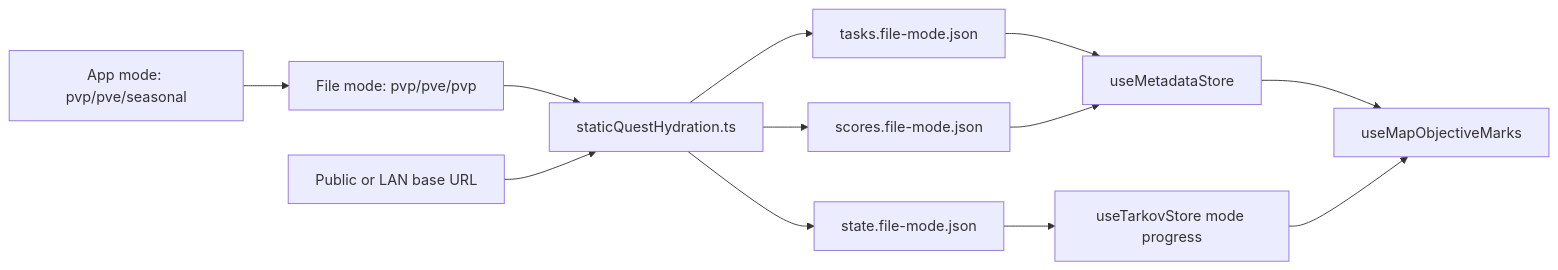
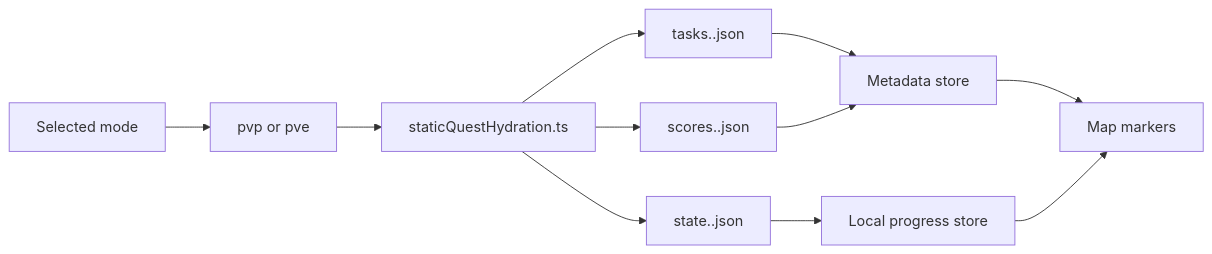
Before and after one commit to ipo/TarkovTracker: the diagram in docs/SYSTEMS.md, drawn with Mermaid. The commit also changed other lines of this file and 943 other files, not shown here.

````diff
--- a/docs/SYSTEMS.md
+++ b/docs/SYSTEMS.md
@@ -52,14 +9,13 @@
 ```mermaid
 flowchart LR
-    Mode["App mode: pvp/pve/seasonal"] --> FileMode["File mode: pvp/pve/pvp"]
-    FileMode --> Loader["staticQuestHydration.ts"]
-    Base["Public or LAN base URL"] --> Loader
-    Loader --> Tasks["tasks.file-mode.json"]
-    Loader --> State["state.file-mode.json"]
-    Loader --> Scores["scores.file-mode.json"]
-    Tasks --> Metadata["useMetadataStore"]
-    Scores --> Metadata
-    State --> Progress["useTarkovStore mode progress"]
-    Metadata --> Marks["useMapObjectiveMarks"]
-    Progress --> Marks
+  Mode[Selected mode] --> FileMode[pvp or pve]
+  FileMode --> Loader[staticQuestHydration.ts]
+  Loader --> Tasks[tasks.<mode>.json]
+  Loader --> State[state.<mode>.json]
+  Loader --> Scores[scores.<mode>.json]
+  Tasks --> Metadata[Metadata store]
+  Scores --> Metadata
+  State --> Progress[Local progress store]
+  Metadata --> Maps[Map markers]
+  Progress --> Maps
 ```
````
